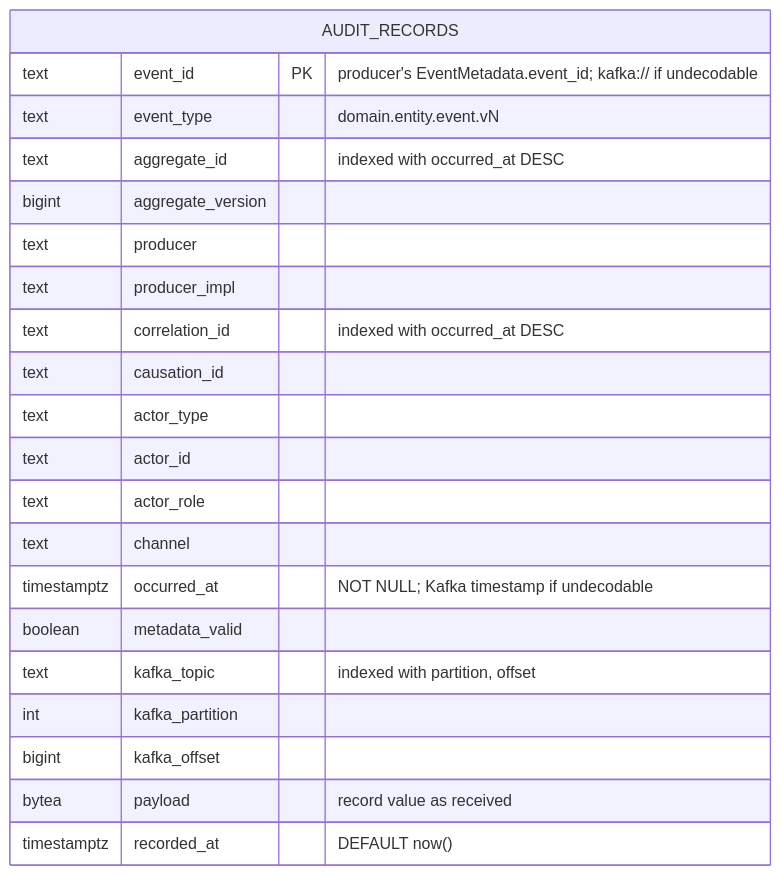
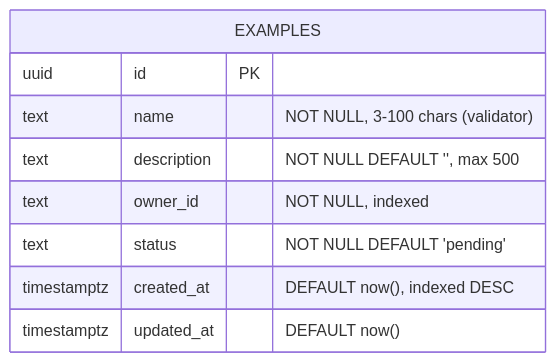
Before and after one commit to hunderaweke/dps-example-project: the seventh of 8 diagrams in docs/architecture.md, drawn with Mermaid. The commit also changed other lines of this file and 129 other files, not shown here.

````diff
--- a/docs/architecture.md
+++ b/docs/architecture.md
@@ -270,24 +295,12 @@
 ```mermaid
 erDiagram
-    AUDIT_RECORDS {
-        text event_id PK "producer's EventMetadata.event_id; kafka:<topic>/<partition>/<offset> if undecodable"
-        text event_type "domain.entity.event.vN"
-        text aggregate_id "indexed with occurred_at DESC"
-        bigint aggregate_version
-        text producer
-        text producer_impl
-        text correlation_id "indexed with occurred_at DESC"
-        text causation_id
-        text actor_type
-        text actor_id
-        text actor_role
-        text channel
-        timestamptz occurred_at "NOT NULL; Kafka timestamp if undecodable"
-        boolean metadata_valid
-        text kafka_topic "indexed with partition, offset"
-        int kafka_partition
-        bigint kafka_offset
-        bytea payload "record value as received"
-        timestamptz recorded_at "DEFAULT now()"
+    EXAMPLES {
+        uuid id PK
+        text name "NOT NULL, 3-100 chars (validator)"
+        text description "NOT NULL DEFAULT '', max 500"
+        text owner_id "NOT NULL, indexed"
+        text status "NOT NULL DEFAULT 'pending'"
+        timestamptz created_at "DEFAULT now(), indexed DESC"
+        timestamptz updated_at "DEFAULT now()"
     }
 ```
````
